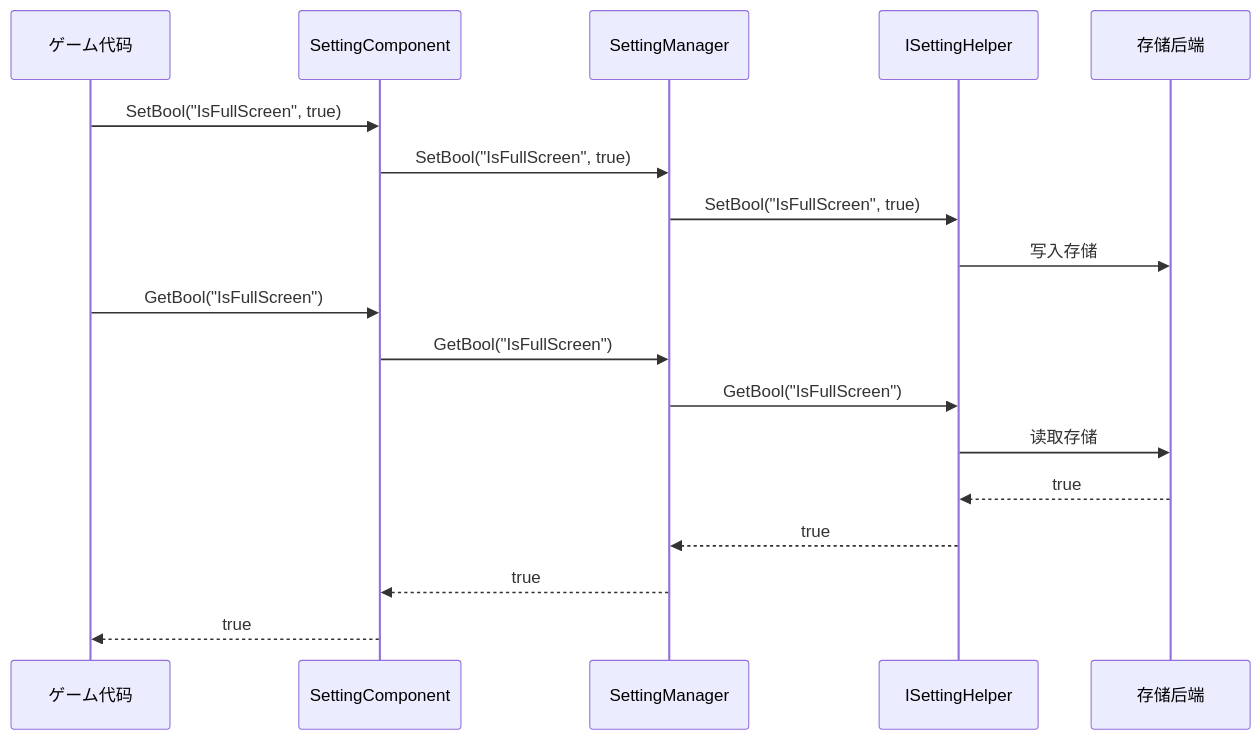
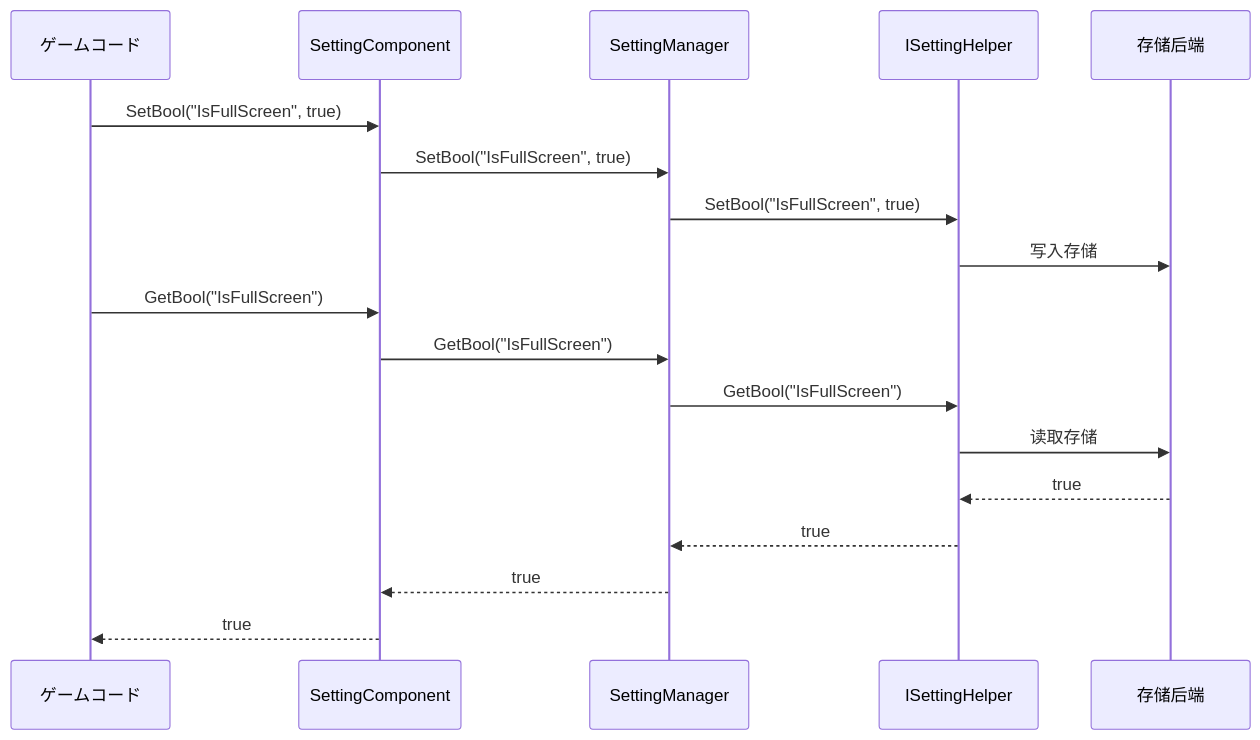
One commit to AlianBlank/GameFrameX.Docs changed the second of 2 diagrams in docs/ja/client/unity/component/setting/01.overview.md. Above: the diagram before and after it, drawn with Mermaid. The commit also changed other lines of this file and 320 other files, not shown here.

````diff
--- a/docs/ja/client/unity/component/setting/01.overview.md
+++ b/docs/ja/client/unity/component/setting/01.overview.md
@@ -71,22 +71,22 @@
 ```mermaid
 sequenceDiagram
-    participant Game as ゲーム代码
+    participant Game as ゲームコード
     participant SC as SettingComponent
     participant SM as SettingManager
     participant SH as ISettingHelper
     participant Storage as 存储后端
 
     Game->>SC: SetBool("IsFullScreen", true)
     SC->>SM: SetBool("IsFullScreen", true)
     SM->>SH: SetBool("IsFullScreen", true)
     SH->>Storage: 写入存储
 
     Game->>SC: GetBool("IsFullScreen")
     SC->>SM: GetBool("IsFullScreen")
     SM->>SH: GetBool("IsFullScreen")
     SH->>Storage: 读取存储
     Storage-->>SH: true
     SH-->>SM: true
     SM-->>SC: true
     SC-->>Game: true
 ```
````
